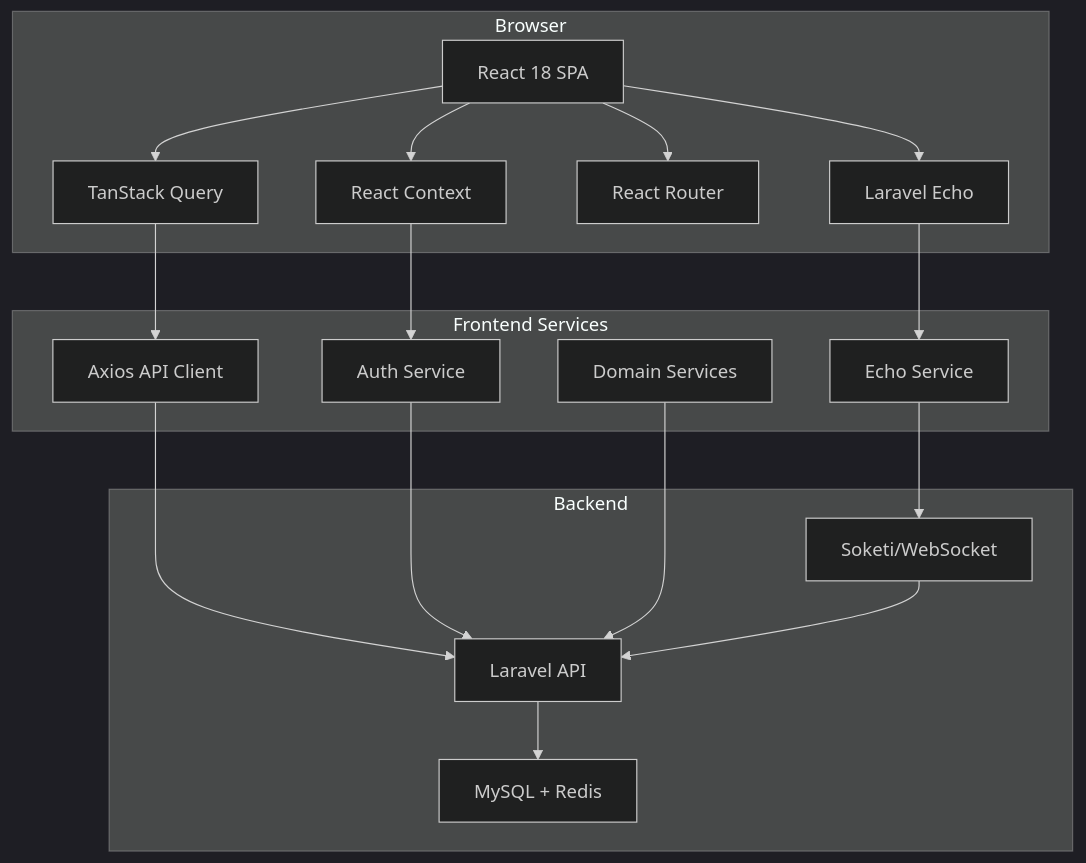
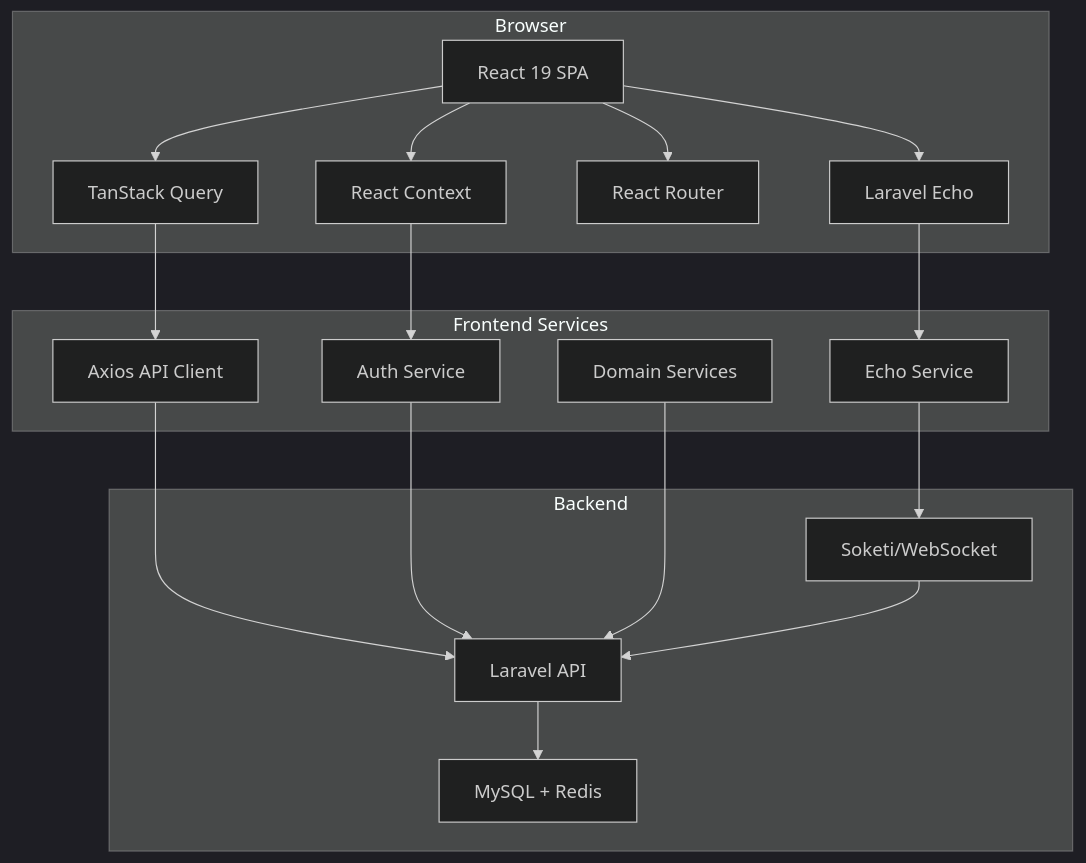
Before and after one commit to greenfieldtech-nirs/opbx: the first of 2 diagrams in frontend/README.md, drawn with Mermaid (dark theme). The commit also changed other lines of this file and 3 other files, not shown here.

````diff
--- a/frontend/README.md
+++ b/frontend/README.md
@@ -167,37 +167,37 @@
 ```mermaid
 graph TB
     subgraph "Browser"
-        A[React 18 SPA]
+        A[React 19 SPA]
         B[TanStack Query]
         C[React Context]
         D[React Router]
         E[Laravel Echo]
     end
 
     subgraph "Frontend Services"
         F[Axios API Client]
         G[Auth Service]
         H[Echo Service]
         I[Domain Services]
     end
 
     subgraph "Backend"
         J[Laravel API]
         K[Soketi/WebSocket]
         L[MySQL + Redis]
     end
 
     A --> D
     A --> B
     A --> C
     A --> E
     B --> F
     C --> G
     E --> H
     F --> J
     G --> J
     I --> J
     H --> K
     J --> L
     K --> J
 ```
````
